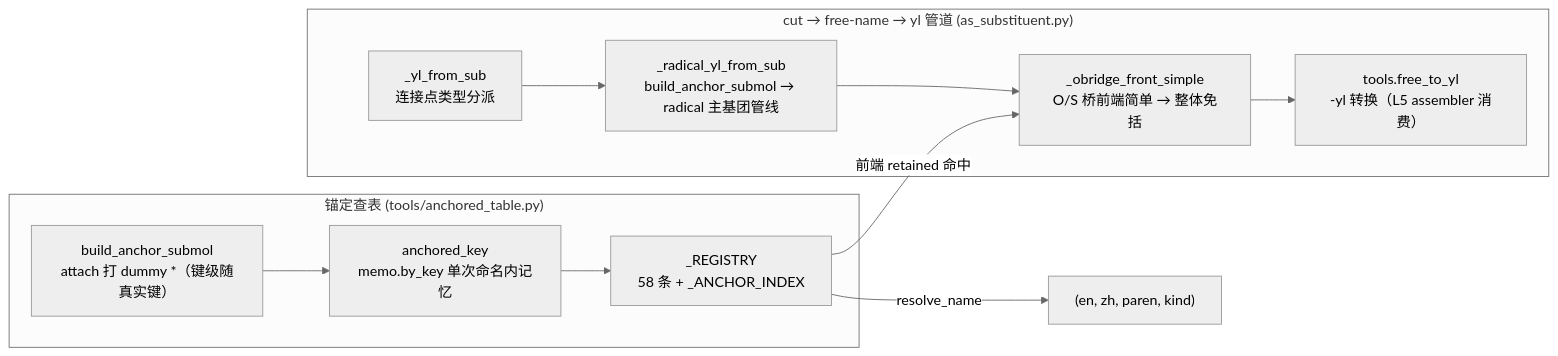
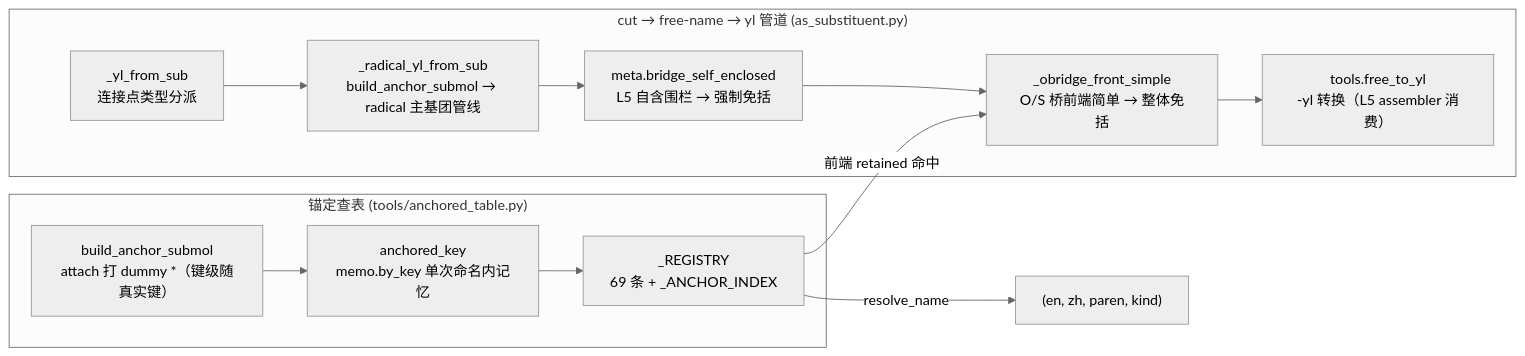
The second of 2 diagrams in docs/wiki/architecture/layer3-substituents.md (zouxiaofei1/OpenSMILES), drawn with Mermaid (neutral theme) before and after one commit. The commit also changed other lines of this file and 24 other files, not shown here.

````diff
--- a/docs/wiki/architecture/layer3-substituents.md
+++ b/docs/wiki/architecture/layer3-substituents.md
@@ -176,23 +181,25 @@
 ```mermaid
 flowchart LR
     subgraph CUT["cut → free-name → yl 管道 (as_substituent.py)"]
         YL["_yl_from_sub<br/>连接点类型分派"]
         RAD["_radical_yl_from_sub<br/>build_anchor_submol → radical 主基团管线"]
+        BE["meta.bridge_self_enclosed<br/>L5 自含围栏 → 强制免括"]
         OB["_obridge_front_simple<br/>O/S 桥前端简单 → 整体免括"]
         FY["tools.free_to_yl<br/>-yl 转换（L5 assembler 消费）"]
     end
 
     subgraph ANCHOR["锚定查表 (tools/anchored_table.py)"]
         BA["build_anchor_submol<br/>attach 打 dummy *（键级随真实键）"]
         AK["anchored_key<br/>memo.by_key 单次命名内记忆"]
-        AT["_REGISTRY<br/>58 条 + _ANCHOR_INDEX"]
+        AT["_REGISTRY<br/>69 条 + _ANCHOR_INDEX"]
     end
 
     YL --> RAD
-    RAD --> OB
+    RAD --> BE
+    BE --> OB
     OB --> FY
     BA --> AK
     AK --> AT
     AT -->|"resolve_name"| REG["(en, zh, paren, kind)"]
     AT -->|"前端 retained 命中"| OB
 ```
````
